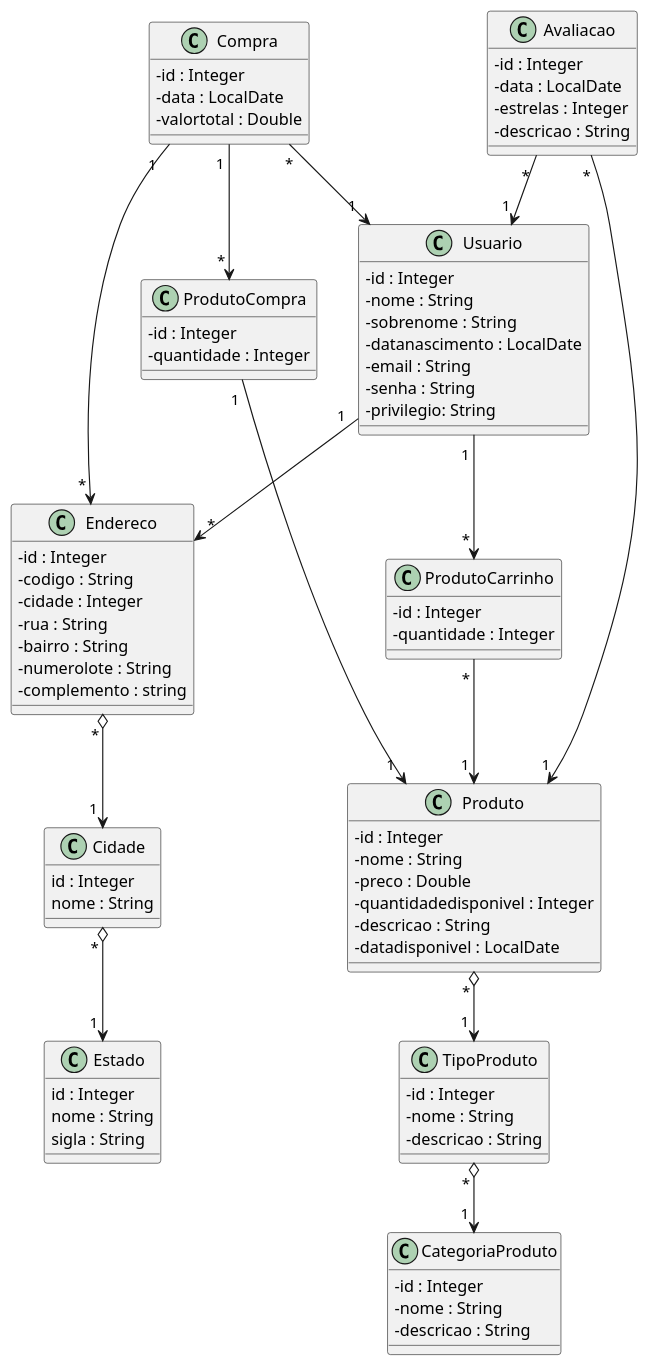
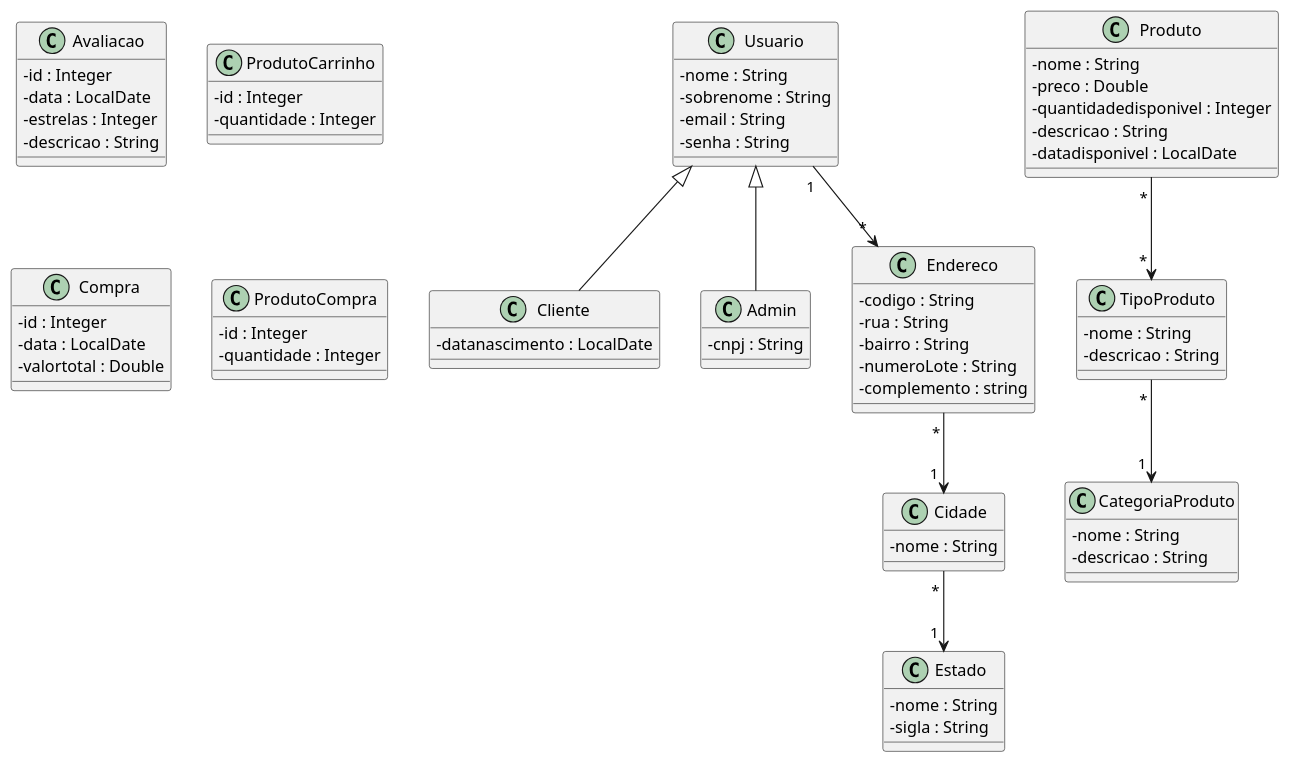
Before and after one commit to bealfredo/tp-floricultura-quarkus: the diagram in exemplo.plantuml, drawn with PlantUML. The commit also changed 1 other file, not shown here.

```diff
--- a/exemplo.plantuml
+++ b/exemplo.plantuml
@@ -1,115 +1,115 @@
 @startuml TrabalhoTopicos
 skinparam classAttributeIconSize 0
 
 class Usuario {
-  - id : Integer
   - nome : String
   - sobrenome : String
-  - datanascimento : LocalDate
   - email : String
   - senha : String
-  - privilegio: String
 }
 
+class Cliente {
+  - datanascimento : LocalDate
+}
 
+class Admin {
+  - cnpj : String
+}
 
+Usuario <|--  Cliente
+Usuario <|--  Admin
+Usuario " 1 " --> " * " Endereco
 
 class Endereco {
-  - id : Integer
   - codigo : String
-  - cidade : Integer
   - rua : String
   - bairro : String
-  - numerolote : String
+  - numeroLote : String
   - complemento : string
 }
 
+Endereco " * " --> " 1 " Cidade
+Cidade " * " --> " 1 " Estado
+
 class Estado {
-  id : Integer
-  nome : String
-  sigla : String
+  - nome : String
+  - sigla : String
 }
 
 class Cidade {
-  id : Integer
-  nome : String
+  - nome : String
 }
 
 
 class CategoriaProduto {
-  - id : Integer
   - nome : String
   - descricao : String
 }
 
 class TipoProduto {
-  - id : Integer
-  ' - categoriaproduto : Integer
   - nome : String
   - descricao : String
 }
 
 class Produto {
-  - id : Integer
   - nome : String
-  ' - tipo : Integer
   - preco : Double
   - quantidadedisponivel : Integer
   - descricao : String
   - datadisponivel : LocalDate
 }
+
+Produto " * " --> " * " TipoProduto
+TipoProduto " * " --> " 1 " CategoriaProduto
 
 class Avaliacao {
   - id : Integer
   - data : LocalDate
   - estrelas : Integer
   - descricao : String
 }
 
 ' class Carrinho {
 '   - id : String
 ' }
 
 class ProdutoCarrinho {
   - id : Integer
   ' - produto : Integer
   ' - usuario : Integer
   - quantidade : Integer
 }
 
 class Compra {
   - id : Integer
   - data : LocalDate
   ' - enderecoentrega : String
   - valortotal : Double
 }
 
 class ProdutoCompra {
   - id : Integer
   ' - produto : Integer
   ' - compra : Integer
   - quantidade : Integer
 }
 
-Avaliacao " * " --> " 1 " Produto
-Avaliacao " * " --> " 1 " Usuario
-Cidade " * " o--> " 1 " Estado
-Endereco " * " o--> " 1 " Cidade
-Usuario " 1 " --> " * " Endereco
+' Avaliacao " * " --> " 1 " Produto
+' Avaliacao " * " --> " 1 " Usuario
+' Cidade " * " o--> " 1 " Estado
+' Endereco " * " o--> " 1 " Cidade
+' Usuario " 1 " --> " * " Endereco
 
-Usuario " 1 " --> " * " ProdutoCarrinho
-ProdutoCarrinho " * " -->  " 1 " Produto
+' Usuario " 1 " --> " * " ProdutoCarrinho
+' ProdutoCarrinho " * " -->  " 1 " Produto
 
-Compra " * " --> " 1 " Usuario
-Compra " 1 " --> " * " ProdutoCompra
-Compra " 1 " --> " * " Endereco
-ProdutoCompra " 1 " --> " 1 " Produto
+' Compra " * " --> " 1 " Usuario
+' Compra " 1 " --> " * " ProdutoCompra
+' Compra " 1 " --> " * " Endereco
+' ProdutoCompra " 1 " --> " 1 " Produto
 
-Produto " * " o--> " 1 " TipoProduto
-TipoProduto " * " o--> " 1 " CategoriaProduto
+' Produto " * " o--> " 1 " TipoProduto
+' TipoProduto " * " o--> " 1 " CategoriaProduto
 
-' Aluno " * " --> " 1 " Orientador : "          "
-' Usuario " * " o--> " 1 " Plano : "          "
-' Carro " 1 " *--> " * " Roda : "          "
 
 @enduml
```
